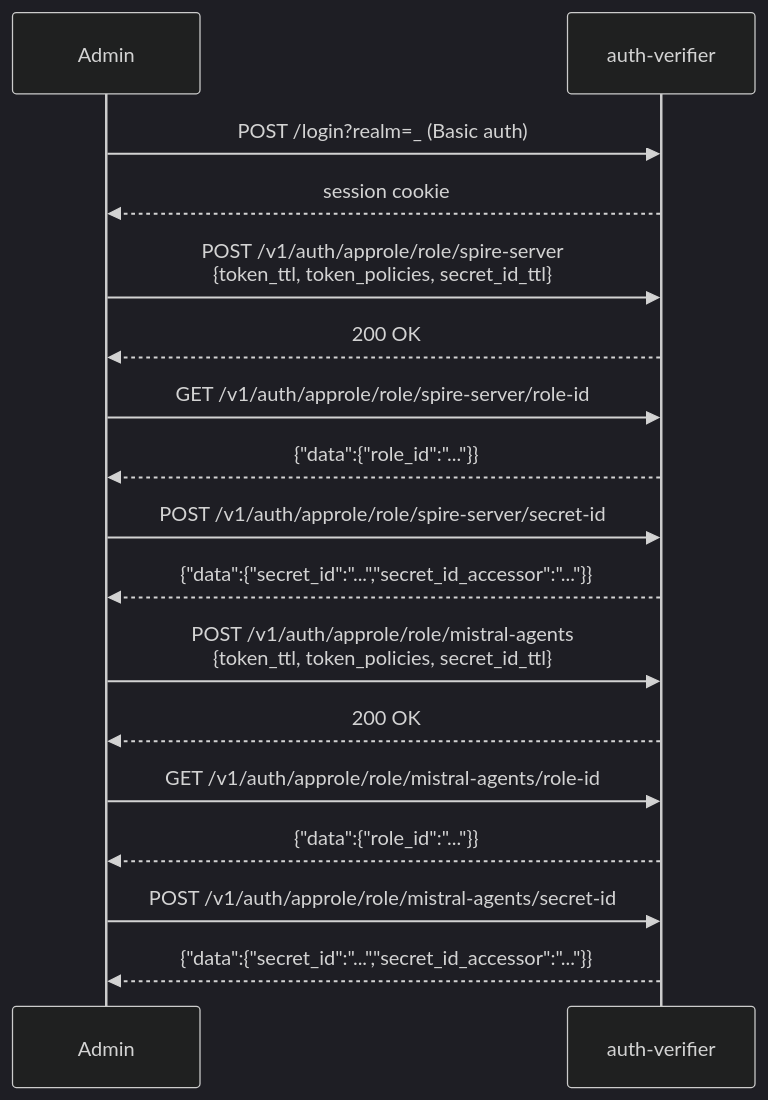
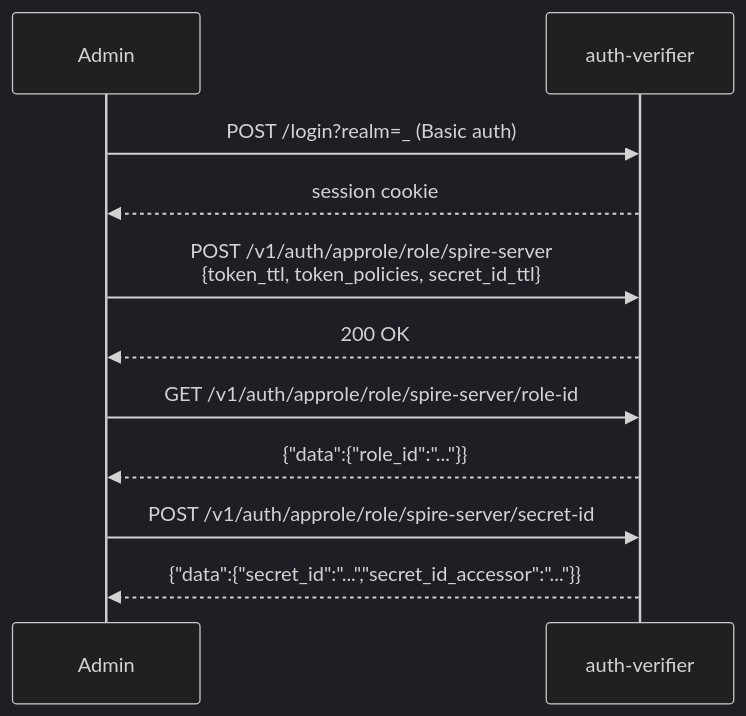
One commit to Cosmian/kms changed the third of 8 diagrams in documentation/docs/integrations/spire_spiffe.md. Above: the diagram before and after it, drawn with Mermaid (dark theme). The commit also changed other lines of this file and 4 other files, not shown here.

Commit message:
docs(spire): update global schema + add spire script tests

````diff
--- a/documentation/docs/integrations/spire_spiffe.md
+++ b/documentation/docs/integrations/spire_spiffe.md
@@ -421,20 +414,14 @@
 ```mermaid
 sequenceDiagram
     participant Admin
     participant AuthV as auth-verifier
 
     Admin->>AuthV: POST /login?realm=_ (Basic auth)
     AuthV-->>Admin: session cookie
     Admin->>AuthV: POST /v1/auth/approle/role/spire-server<br/>{token_ttl, token_policies, secret_id_ttl}
     AuthV-->>Admin: 200 OK
     Admin->>AuthV: GET /v1/auth/approle/role/spire-server/role-id
     AuthV-->>Admin: {"data":{"role_id":"..."}}
     Admin->>AuthV: POST /v1/auth/approle/role/spire-server/secret-id
     AuthV-->>Admin: {"data":{"secret_id":"...","secret_id_accessor":"..."}}
-    Admin->>AuthV: POST /v1/auth/approle/role/mistral-agents<br/>{token_ttl, token_policies, secret_id_ttl}
-    AuthV-->>Admin: 200 OK
-    Admin->>AuthV: GET /v1/auth/approle/role/mistral-agents/role-id
-    AuthV-->>Admin: {"data":{"role_id":"..."}}
-    Admin->>AuthV: POST /v1/auth/approle/role/mistral-agents/secret-id
-    AuthV-->>Admin: {"data":{"secret_id":"...","secret_id_accessor":"..."}}
 ```
````
